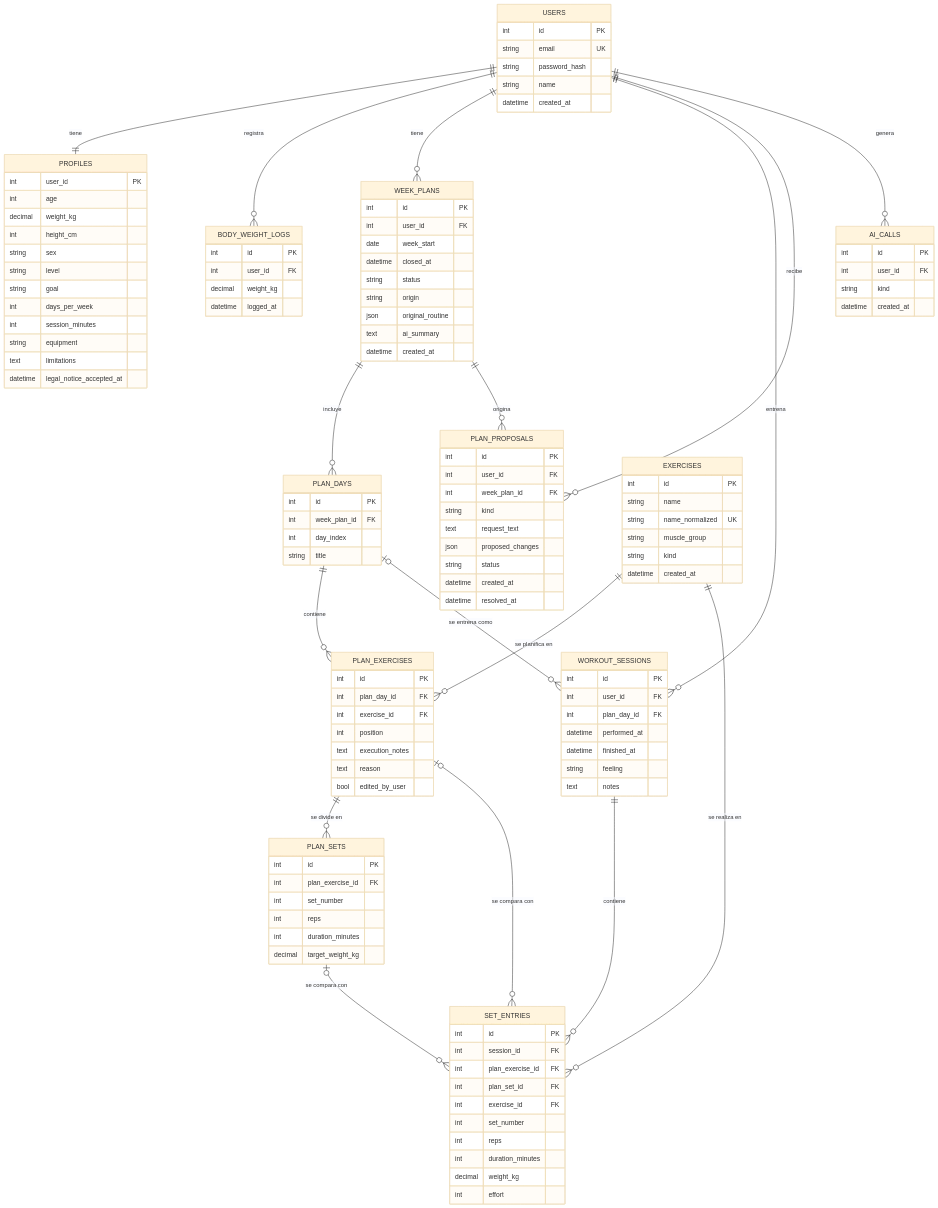
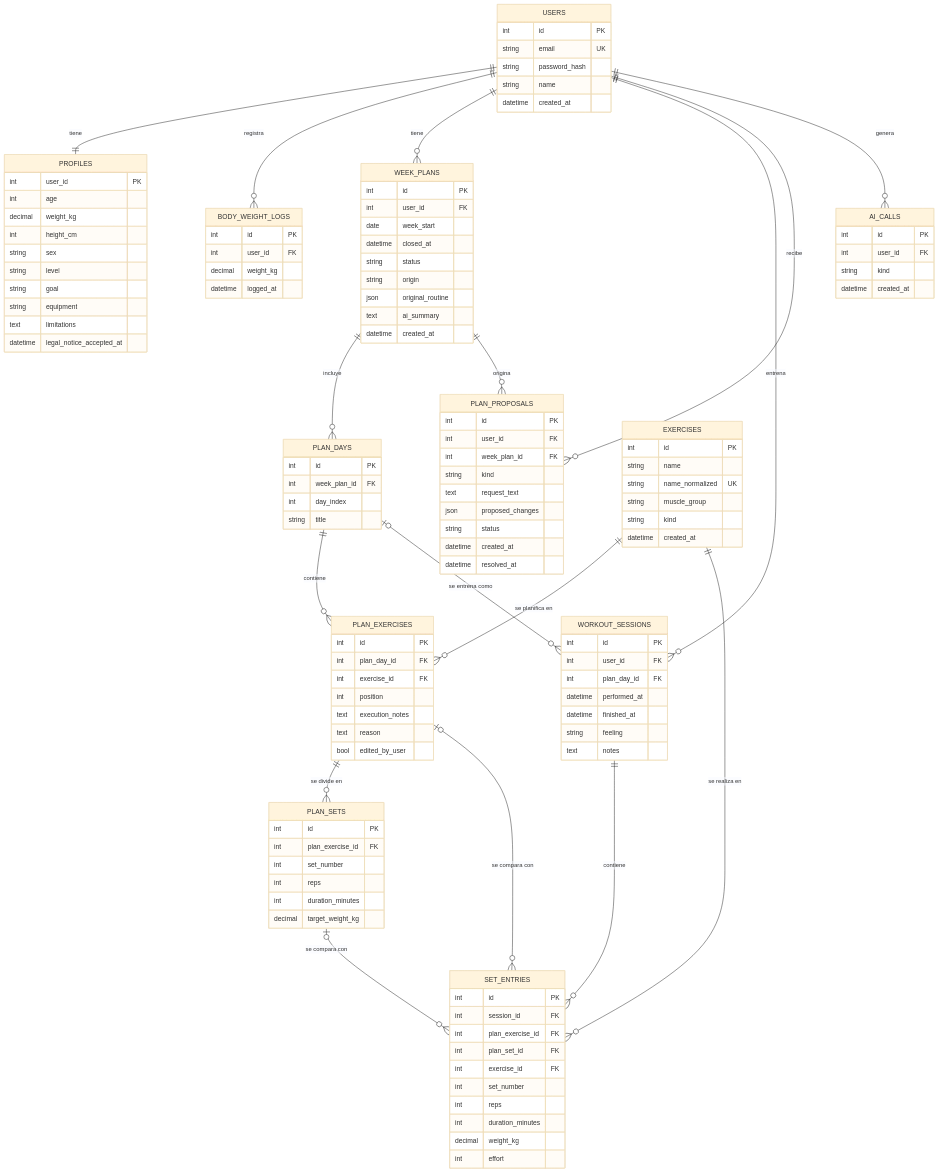
Before and after one commit to Chogarn/Spotter: the diagram in docs/modelo-datos.md, drawn with Mermaid (base theme). The commit also changed other lines of this file and 4 other files, not shown here.

```diff
--- a/docs/modelo-datos.md
+++ b/docs/modelo-datos.md
@@ -51,8 +53,6 @@
         string sex
         string level
         string goal
-        int days_per_week
-        int session_minutes
         string equipment
         text limitations
         datetime legal_notice_accepted_at
```
